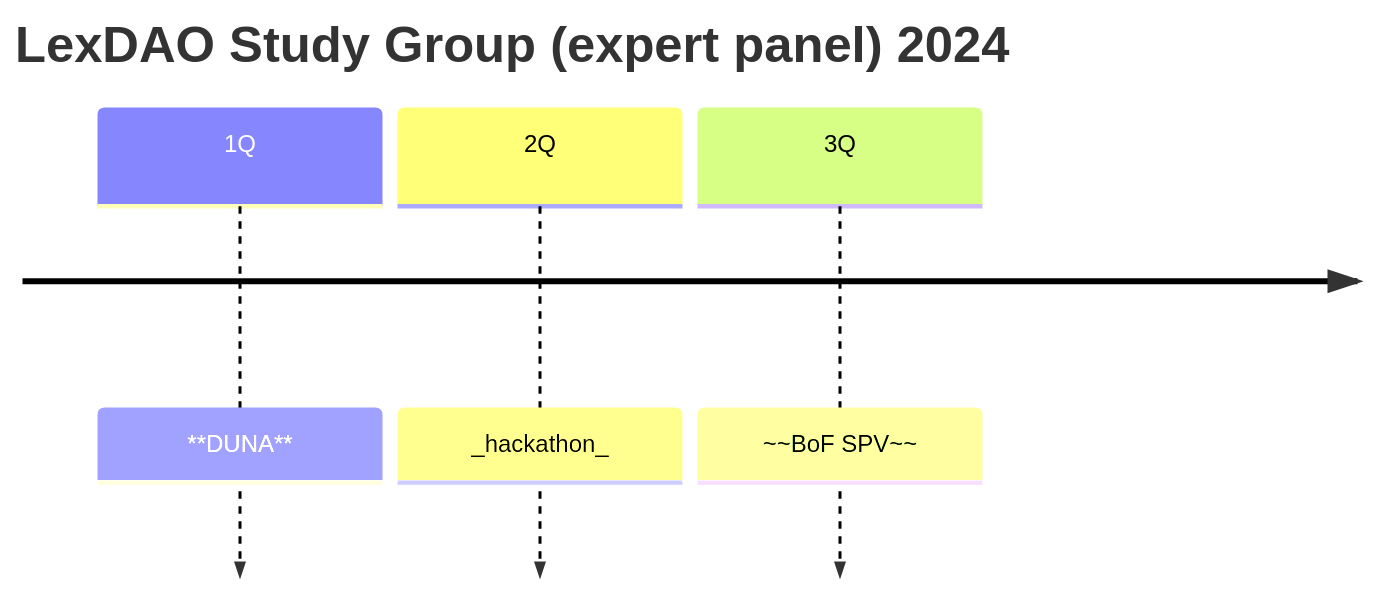
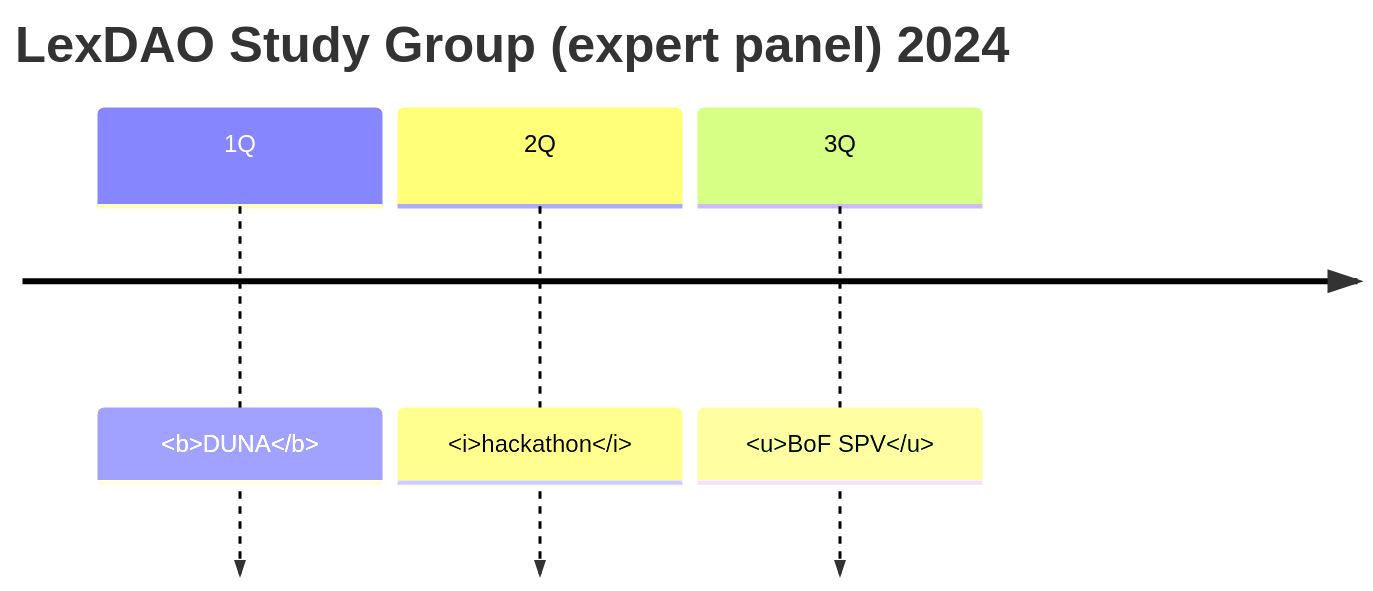
The second of 2 diagrams in README.md (lexDAO/LexDAOism-CaseStudy), drawn with Mermaid before and after one commit. The commit also changed other lines of this file, not shown here.

````diff
--- a/README.md
+++ b/README.md
@@ -54,7 +53,7 @@
 ```mermaid
 timeline
   title LexDAO Study Group (expert panel) 2024
-    1Q  :  **DUNA**
-    2Q  :  _hackathon_
-    3Q  :  ~~BoF SPV~~
+    1Q  :  <b>DUNA</b>
+    2Q  :  <i>hackathon</i>
+    3Q  :  <u>BoF SPV</u>
 ```
````
